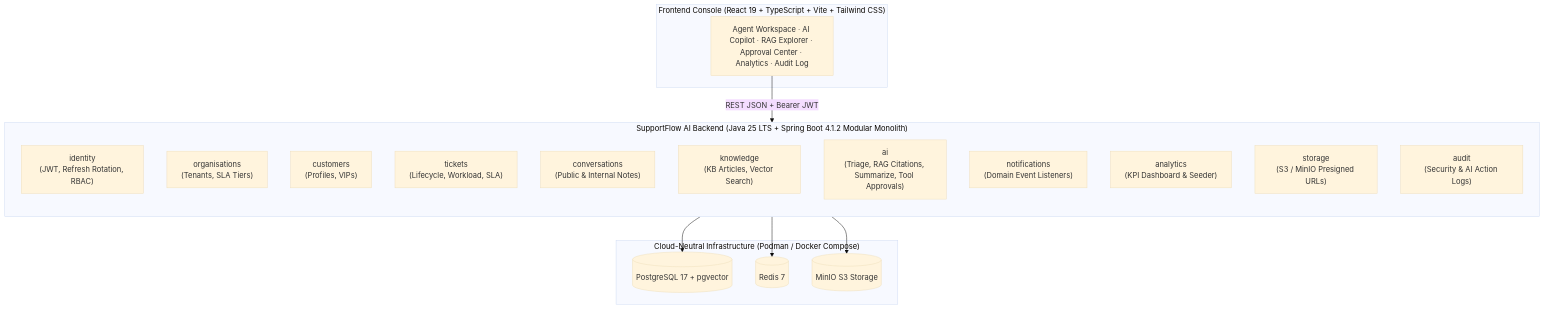
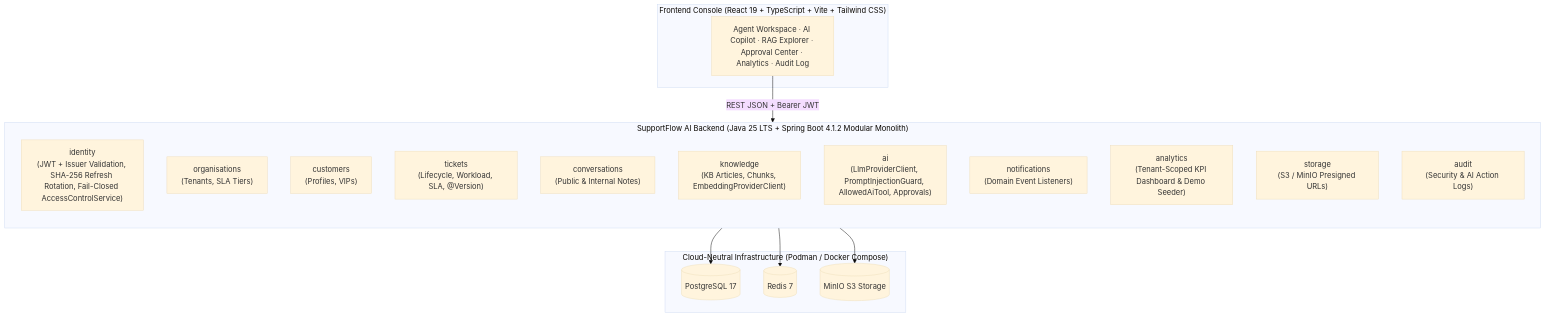
One commit to ashiksp1994/SupportFlow-AI changed the diagram in README.md. Above: the diagram before and after it, drawn with Mermaid (base theme). The commit also changed other lines of this file and 28 other files, not shown here.

Commit message:
fix(security,ai): enforce strict JWT issuer, fail-closed RBAC, tenant-scoped analytics, prod seed guard, and AI fallback transparency

````diff
--- a/README.md
+++ b/README.md
@@ -50,32 +50,32 @@
 ```mermaid
 flowchart TB
     subgraph Client["Frontend Console (React 19 + TypeScript + Vite + Tailwind CSS)"]
         UI["Agent Workspace · AI Copilot · RAG Explorer · Approval Center · Analytics · Audit Log"]
     end
 
     subgraph Backend["SupportFlow AI Backend (Java 25 LTS + Spring Boot 4.1.2 Modular Monolith)"]
         direction TB
-        Identity["identity\n(JWT, Refresh Rotation, RBAC)"]
+        Identity["identity\n(JWT + Issuer Validation, SHA-256 Refresh Rotation, Fail-Closed AccessControlService)"]
         Orgs["organisations\n(Tenants, SLA Tiers)"]
         Customers["customers\n(Profiles, VIPs)"]
-        Tickets["tickets\n(Lifecycle, Workload, SLA)"]
+        Tickets["tickets\n(Lifecycle, Workload, SLA, @Version)"]
         Conversations["conversations\n(Public & Internal Notes)"]
-        Knowledge["knowledge\n(KB Articles, Vector Search)"]
-        AI["ai\n(Triage, RAG Citations, Summarize, Tool Approvals)"]
+        Knowledge["knowledge\n(KB Articles, Chunks, EmbeddingProviderClient)"]
+        AI["ai\n(LlmProviderClient, PromptInjectionGuard, AllowedAiTool, Approvals)"]
         Notifications["notifications\n(Domain Event Listeners)"]
-        Analytics["analytics\n(KPI Dashboard & Seeder)"]
+        Analytics["analytics\n(Tenant-Scoped KPI Dashboard & Demo Seeder)"]
         Storage["storage\n(S3 / MinIO Presigned URLs)"]
         Audit["audit\n(Security & AI Action Logs)"]
     end
 
     subgraph Infra["Cloud-Neutral Infrastructure (Podman / Docker Compose)"]
-        PG[("PostgreSQL 17 + pgvector")]
+        PG[("PostgreSQL 17")]
         Redis[("Redis 7")]
         MinIO[("MinIO S3 Storage")]
     end
 
     UI -->|REST JSON + Bearer JWT| Backend
     Backend --> PG
     Backend --> Redis
     Backend --> MinIO
 ```
````
